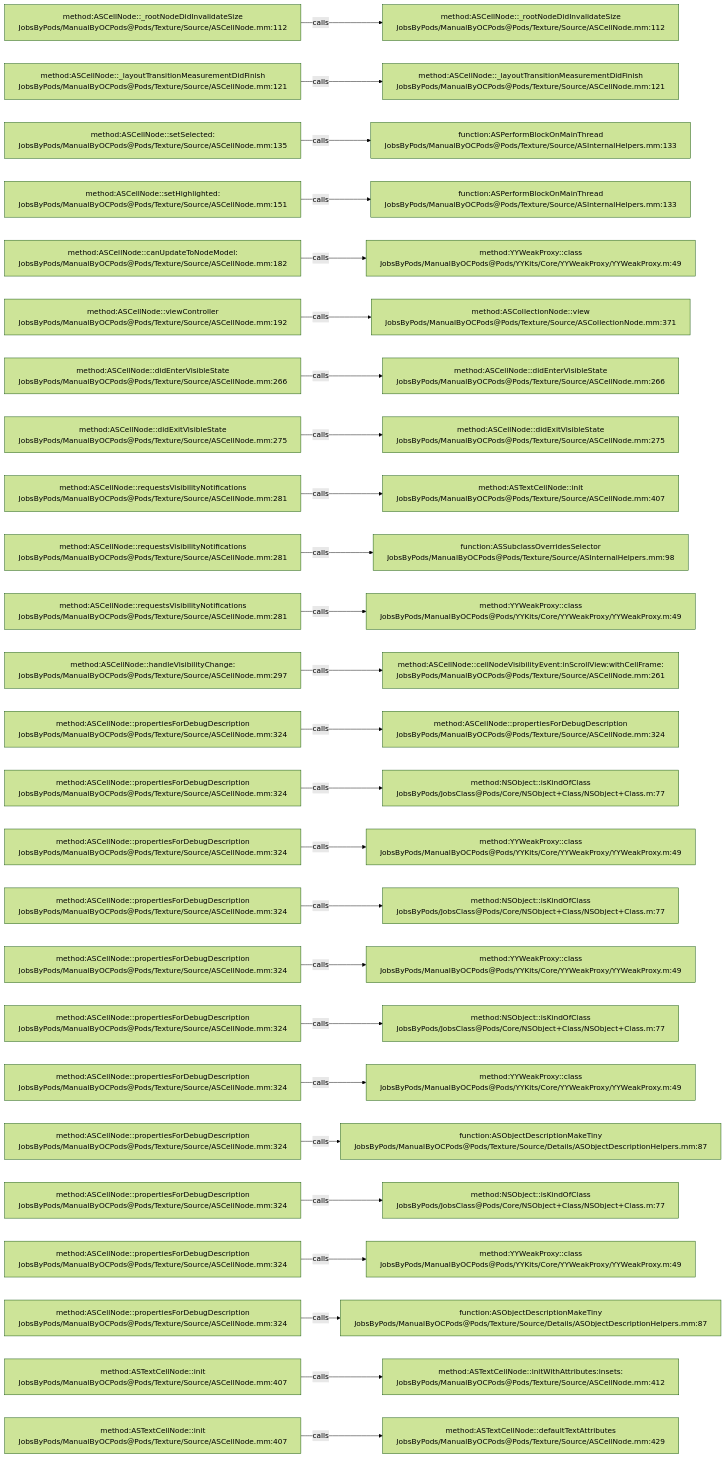
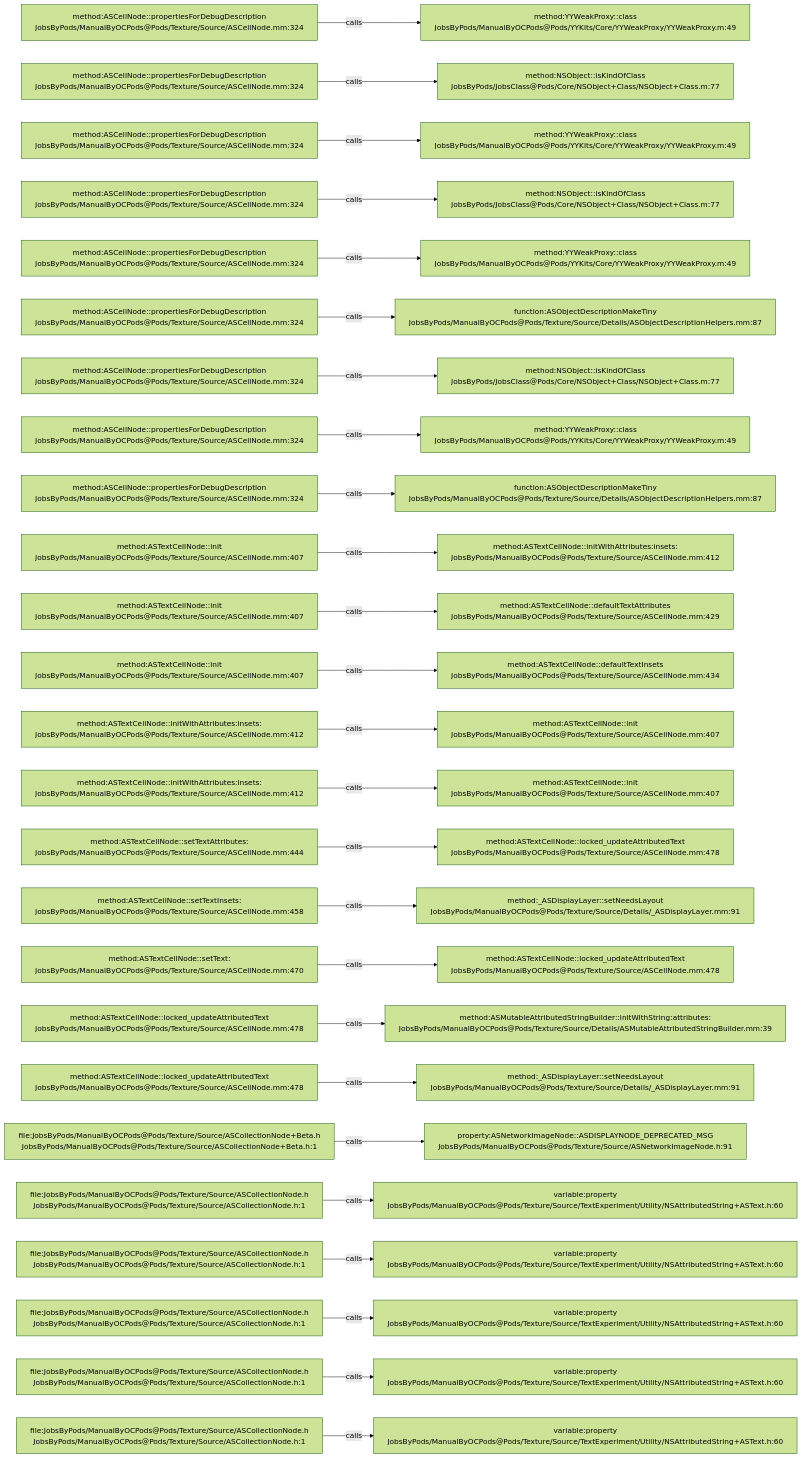
One commit to JobsKits/JobsOCBaseConfigDemo changed the diagram in .codegraph/codegraph.md/graphs/calls-075.md. Above: the diagram before and after it, drawn with Mermaid (forest theme). The commit also changed 296 other files, not shown here.

````diff
--- a/.codegraph/codegraph.md/graphs/calls-075.md
+++ b/.codegraph/codegraph.md/graphs/calls-075.md
@@ -13,78 +13,78 @@
 ```mermaid
 flowchart LR
-  S1["method:ASCellNode::_rootNodeDidInvalidateSize<br/>JobsByPods/ManualByOCPods@Pods/Texture/Source/ASCellNode.mm:112"]
-  T1["method:ASCellNode::_rootNodeDidInvalidateSize<br/>JobsByPods/ManualByOCPods@Pods/Texture/Source/ASCellNode.mm:112"]
+  S1["method:ASCellNode::propertiesForDebugDescription<br/>JobsByPods/ManualByOCPods@Pods/Texture/Source/ASCellNode.mm:324"]
+  T1["method:YYWeakProxy::class<br/>JobsByPods/ManualByOCPods@Pods/YYKits/Core/YYWeakProxy/YYWeakProxy.m:49"]
   S1 -->|calls| T1
-  S2["method:ASCellNode::_layoutTransitionMeasurementDidFinish<br/>JobsByPods/ManualByOCPods@Pods/Texture/Source/ASCellNode.mm:121"]
-  T2["method:ASCellNode::_layoutTransitionMeasurementDidFinish<br/>JobsByPods/ManualByOCPods@Pods/Texture/Source/ASCellNode.mm:121"]
+  S2["method:ASCellNode::propertiesForDebugDescription<br/>JobsByPods/ManualByOCPods@Pods/Texture/Source/ASCellNode.mm:324"]
+  T2["method:NSObject::isKindOfClass<br/>JobsByPods/JobsClass@Pods/Core/NSObject+Class/NSObject+Class.m:77"]
   S2 -->|calls| T2
-  S3["method:ASCellNode::setSelected:<br/>JobsByPods/ManualByOCPods@Pods/Texture/Source/ASCellNode.mm:135"]
-  T3["function:ASPerformBlockOnMainThread<br/>JobsByPods/ManualByOCPods@Pods/Texture/Source/ASInternalHelpers.mm:133"]
+  S3["method:ASCellNode::propertiesForDebugDescription<br/>JobsByPods/ManualByOCPods@Pods/Texture/Source/ASCellNode.mm:324"]
+  T3["method:YYWeakProxy::class<br/>JobsByPods/ManualByOCPods@Pods/YYKits/Core/YYWeakProxy/YYWeakProxy.m:49"]
   S3 -->|calls| T3
-  S4["method:ASCellNode::setHighlighted:<br/>JobsByPods/ManualByOCPods@Pods/Texture/Source/ASCellNode.mm:151"]
-  T4["function:ASPerformBlockOnMainThread<br/>JobsByPods/ManualByOCPods@Pods/Texture/Source/ASInternalHelpers.mm:133"]
+  S4["method:ASCellNode::propertiesForDebugDescription<br/>JobsByPods/ManualByOCPods@Pods/Texture/Source/ASCellNode.mm:324"]
+  T4["method:NSObject::isKindOfClass<br/>JobsByPods/JobsClass@Pods/Core/NSObject+Class/NSObject+Class.m:77"]
   S4 -->|calls| T4
-  S5["method:ASCellNode::canUpdateToNodeModel:<br/>JobsByPods/ManualByOCPods@Pods/Texture/Source/ASCellNode.mm:182"]
+  S5["method:ASCellNode::propertiesForDebugDescription<br/>JobsByPods/ManualByOCPods@Pods/Texture/Source/ASCellNode.mm:324"]
   T5["method:YYWeakProxy::class<br/>JobsByPods/ManualByOCPods@Pods/YYKits/Core/YYWeakProxy/YYWeakProxy.m:49"]
   S5 -->|calls| T5
-  S6["method:ASCellNode::viewController<br/>JobsByPods/ManualByOCPods@Pods/Texture/Source/ASCellNode.mm:192"]
-  T6["method:ASCollectionNode::view<br/>JobsByPods/ManualByOCPods@Pods/Texture/Source/ASCollectionNode.mm:371"]
+  S6["method:ASCellNode::propertiesForDebugDescription<br/>JobsByPods/ManualByOCPods@Pods/Texture/Source/ASCellNode.mm:324"]
+  T6["function:ASObjectDescriptionMakeTiny<br/>JobsByPods/ManualByOCPods@Pods/Texture/Source/Details/ASObjectDescriptionHelpers.mm:87"]
   S6 -->|calls| T6
-  S7["method:ASCellNode::didEnterVisibleState<br/>JobsByPods/ManualByOCPods@Pods/Texture/Source/ASCellNode.mm:266"]
-  T7["method:ASCellNode::didEnterVisibleState<br/>JobsByPods/ManualByOCPods@Pods/Texture/Source/ASCellNode.mm:266"]
+  S7["method:ASCellNode::propertiesForDebugDescription<br/>JobsByPods/ManualByOCPods@Pods/Texture/Source/ASCellNode.mm:324"]
+  T7["method:NSObject::isKindOfClass<br/>JobsByPods/JobsClass@Pods/Core/NSObject+Class/NSObject+Class.m:77"]
   S7 -->|calls| T7
-  S8["method:ASCellNode::didExitVisibleState<br/>JobsByPods/ManualByOCPods@Pods/Texture/Source/ASCellNode.mm:275"]
-  T8["method:ASCellNode::didExitVisibleState<br/>JobsByPods/ManualByOCPods@Pods/Texture/Source/ASCellNode.mm:275"]
+  S8["method:ASCellNode::propertiesForDebugDescription<br/>JobsByPods/ManualByOCPods@Pods/Texture/Source/ASCellNode.mm:324"]
+  T8["method:YYWeakProxy::class<br/>JobsByPods/ManualByOCPods@Pods/YYKits/Core/YYWeakProxy/YYWeakProxy.m:49"]
   S8 -->|calls| T8
-  S9["method:ASCellNode::requestsVisibilityNotifications<br/>JobsByPods/ManualByOCPods@Pods/Texture/Source/ASCellNode.mm:281"]
-  T9["method:ASTextCellNode::init<br/>JobsByPods/ManualByOCPods@Pods/Texture/Source/ASCellNode.mm:407"]
+  S9["method:ASCellNode::propertiesForDebugDescription<br/>JobsByPods/ManualByOCPods@Pods/Texture/Source/ASCellNode.mm:324"]
+  T9["function:ASObjectDescriptionMakeTiny<br/>JobsByPods/ManualByOCPods@Pods/Texture/Source/Details/ASObjectDescriptionHelpers.mm:87"]
   S9 -->|calls| T9
-  S10["method:ASCellNode::requestsVisibilityNotifications<br/>JobsByPods/ManualByOCPods@Pods/Texture/Source/ASCellNode.mm:281"]
-  T10["function:ASSubclassOverridesSelector<br/>JobsByPods/ManualByOCPods@Pods/Texture/Source/ASInternalHelpers.mm:98"]
+  S10["method:ASTextCellNode::init<br/>JobsByPods/ManualByOCPods@Pods/Texture/Source/ASCellNode.mm:407"]
+  T10["method:ASTextCellNode::initWithAttributes:insets:<br/>JobsByPods/ManualByOCPods@Pods/Texture/Source/ASCellNode.mm:412"]
   S10 -->|calls| T10
-  S11["method:ASCellNode::requestsVisibilityNotifications<br/>JobsByPods/ManualByOCPods@Pods/Texture/Source/ASCellNode.mm:281"]
-  T11["method:YYWeakProxy::class<br/>JobsByPods/ManualByOCPods@Pods/YYKits/Core/YYWeakProxy/YYWeakProxy.m:49"]
+  S11["method:ASTextCellNode::init<br/>JobsByPods/ManualByOCPods@Pods/Texture/Source/ASCellNode.mm:407"]
+  T11["method:ASTextCellNode::defaultTextAttributes<br/>JobsByPods/ManualByOCPods@Pods/Texture/Source/ASCellNode.mm:429"]
   S11 -->|calls| T11
-  S12["method:ASCellNode::handleVisibilityChange:<br/>JobsByPods/ManualByOCPods@Pods/Texture/Source/ASCellNode.mm:297"]
-  T12["method:ASCellNode::cellNodeVisibilityEvent:inScrollView:withCellFrame:<br/>JobsByPods/ManualByOCPods@Pods/Texture/Source/ASCellNode.mm:261"]
+  S12["method:ASTextCellNode::init<br/>JobsByPods/ManualByOCPods@Pods/Texture/Source/ASCellNode.mm:407"]
+  T12["method:ASTextCellNode::defaultTextInsets<br/>JobsByPods/ManualByOCPods@Pods/Texture/Source/ASCellNode.mm:434"]
   S12 -->|calls| T12
-  S13["method:ASCellNode::propertiesForDebugDescription<br/>JobsByPods/ManualByOCPods@Pods/Texture/Source/ASCellNode.mm:324"]
-  T13["method:ASCellNode::propertiesForDebugDescription<br/>JobsByPods/ManualByOCPods@Pods/Texture/Source/ASCellNode.mm:324"]
+  S13["method:ASTextCellNode::initWithAttributes:insets:<br/>JobsByPods/ManualByOCPods@Pods/Texture/Source/ASCellNode.mm:412"]
+  T13["method:ASTextCellNode::init<br/>JobsByPods/ManualByOCPods@Pods/Texture/Source/ASCellNode.mm:407"]
   S13 -->|calls| T13
-  S14["method:ASCellNode::propertiesForDebugDescription<br/>JobsByPods/ManualByOCPods@Pods/Texture/Source/ASCellNode.mm:324"]
-  T14["method:NSObject::isKindOfClass<br/>JobsByPods/JobsClass@Pods/Core/NSObject+Class/NSObject+Class.m:77"]
+  S14["method:ASTextCellNode::initWithAttributes:insets:<br/>JobsByPods/ManualByOCPods@Pods/Texture/Source/ASCellNode.mm:412"]
+  T14["method:ASTextCellNode::init<br/>JobsByPods/ManualByOCPods@Pods/Texture/Source/ASCellNode.mm:407"]
   S14 -->|calls| T14
-  S15["method:ASCellNode::propertiesForDebugDescription<br/>JobsByPods/ManualByOCPods@Pods/Texture/Source/ASCellNode.mm:324"]
-  T15["method:YYWeakProxy::class<br/>JobsByPods/ManualByOCPods@Pods/YYKits/Core/YYWeakProxy/YYWeakProxy.m:49"]
+  S15["method:ASTextCellNode::setTextAttributes:<br/>JobsByPods/ManualByOCPods@Pods/Texture/Source/ASCellNode.mm:444"]
+  T15["method:ASTextCellNode::locked_updateAttributedText<br/>JobsByPods/ManualByOCPods@Pods/Texture/Source/ASCellNode.mm:478"]
   S15 -->|calls| T15
-  S16["method:ASCellNode::propertiesForDebugDescription<br/>JobsByPods/ManualByOCPods@Pods/Texture/Source/ASCellNode.mm:324"]
-  T16["method:NSObject::isKindOfClass<br/>JobsByPods/JobsClass@Pods/Core/NSObject+Class/NSObject+Class.m:77"]
+  S16["method:ASTextCellNode::setTextInsets:<br/>JobsByPods/ManualByOCPods@Pods/Texture/Source/ASCellNode.mm:458"]
+  T16["method:_ASDisplayLayer::setNeedsLayout<br/>JobsByPods/ManualByOCPods@Pods/Texture/Source/Details/_ASDisplayLayer.mm:91"]
   S16 -->|calls| T16
-  S17["method:ASCellNode::propertiesForDebugDescription<br/>JobsByPods/ManualByOCPods@Pods/Texture/Source/ASCellNode.mm:324"]
-  T17["method:YYWeakProxy::class<br/>JobsByPods/ManualByOCPods@Pods/YYKits/Core/YYWeakProxy/YYWeakProxy.m:49"]
+  S17["method:ASTextCellNode::setText:<br/>JobsByPods/ManualByOCPods@Pods/Texture/Source/ASCellNode.mm:470"]
+  T17["method:ASTextCellNode::locked_updateAttributedText<br/>JobsByPods/ManualByOCPods@Pods/Texture/Source/ASCellNode.mm:478"]
   S17 -->|calls| T17
-  S18["method:ASCellNode::propertiesForDebugDescription<br/>JobsByPods/ManualByOCPods@Pods/Texture/Source/ASCellNode.mm:324"]
-  T18["method:NSObject::isKindOfClass<br/>JobsByPods/JobsClass@Pods/Core/NSObject+Class/NSObject+Class.m:77"]
+  S18["method:ASTextCellNode::locked_updateAttributedText<br/>JobsByPods/ManualByOCPods@Pods/Texture/Source/ASCellNode.mm:478"]
+  T18["method:ASMutableAttributedStringBuilder::initWithString:attributes:<br/>JobsByPods/ManualByOCPods@Pods/Texture/Source/Details/ASMutableAttributedStringBuilder.mm:39"]
   S18 -->|calls| T18
-  S19["method:ASCellNode::propertiesForDebugDescription<br/>JobsByPods/ManualByOCPods@Pods/Texture/Source/ASCellNode.mm:324"]
-  T19["method:YYWeakProxy::class<br/>JobsByPods/ManualByOCPods@Pods/YYKits/Core/YYWeakProxy/YYWeakProxy.m:49"]
+  S19["method:ASTextCellNode::locked_updateAttributedText<br/>JobsByPods/ManualByOCPods@Pods/Texture/Source/ASCellNode.mm:478"]
+  T19["method:_ASDisplayLayer::setNeedsLayout<br/>JobsByPods/ManualByOCPods@Pods/Texture/Source/Details/_ASDisplayLayer.mm:91"]
   S19 -->|calls| T19
-  S20["method:ASCellNode::propertiesForDebugDescription<br/>JobsByPods/ManualByOCPods@Pods/Texture/Source/ASCellNode.mm:324"]
-  T20["function:ASObjectDescriptionMakeTiny<br/>JobsByPods/ManualByOCPods@Pods/Texture/Source/Details/ASObjectDescriptionHelpers.mm:87"]
+  S20["file:JobsByPods/ManualByOCPods@Pods/Texture/Source/ASCollectionNode+Beta.h<br/>JobsByPods/ManualByOCPods@Pods/Texture/Source/ASCollectionNode+Beta.h:1"]
+  T20["property:ASNetworkImageNode::ASDISPLAYNODE_DEPRECATED_MSG<br/>JobsByPods/ManualByOCPods@Pods/Texture/Source/ASNetworkImageNode.h:91"]
   S20 -->|calls| T20
-  S21["method:ASCellNode::propertiesForDebugDescription<br/>JobsByPods/ManualByOCPods@Pods/Texture/Source/ASCellNode.mm:324"]
-  T21["method:NSObject::isKindOfClass<br/>JobsByPods/JobsClass@Pods/Core/NSObject+Class/NSObject+Class.m:77"]
+  S21["file:JobsByPods/ManualByOCPods@Pods/Texture/Source/ASCollectionNode.h<br/>JobsByPods/ManualByOCPods@Pods/Texture/Source/ASCollectionNode.h:1"]
+  T21["variable:property<br/>JobsByPods/ManualByOCPods@Pods/Texture/Source/TextExperiment/Utility/NSAttributedString+ASText.h:60"]
   S21 -->|calls| T21
-  S22["method:ASCellNode::propertiesForDebugDescription<br/>JobsByPods/ManualByOCPods@Pods/Texture/Source/ASCellNode.mm:324"]
-  T22["method:YYWeakProxy::class<br/>JobsByPods/ManualByOCPods@Pods/YYKits/Core/YYWeakProxy/YYWeakProxy.m:49"]
+  S22["file:JobsByPods/ManualByOCPods@Pods/Texture/Source/ASCollectionNode.h<br/>JobsByPods/ManualByOCPods@Pods/Texture/Source/ASCollectionNode.h:1"]
+  T22["variable:property<br/>JobsByPods/ManualByOCPods@Pods/Texture/Source/TextExperiment/Utility/NSAttributedString+ASText.h:60"]
   S22 -->|calls| T22
-  S23["method:ASCellNode::propertiesForDebugDescription<br/>JobsByPods/ManualByOCPods@Pods/Texture/Source/ASCellNode.mm:324"]
-  T23["function:ASObjectDescriptionMakeTiny<br/>JobsByPods/ManualByOCPods@Pods/Texture/Source/Details/ASObjectDescriptionHelpers.mm:87"]
+  S23["file:JobsByPods/ManualByOCPods@Pods/Texture/Source/ASCollectionNode.h<br/>JobsByPods/ManualByOCPods@Pods/Texture/Source/ASCollectionNode.h:1"]
+  T23["variable:property<br/>JobsByPods/ManualByOCPods@Pods/Texture/Source/TextExperiment/Utility/NSAttributedString+ASText.h:60"]
   S23 -->|calls| T23
-  S24["method:ASTextCellNode::init<br/>JobsByPods/ManualByOCPods@Pods/Texture/Source/ASCellNode.mm:407"]
-  T24["method:ASTextCellNode::initWithAttributes:insets:<br/>JobsByPods/ManualByOCPods@Pods/Texture/Source/ASCellNode.mm:412"]
+  S24["file:JobsByPods/ManualByOCPods@Pods/Texture/Source/ASCollectionNode.h<br/>JobsByPods/ManualByOCPods@Pods/Texture/Source/ASCollectionNode.h:1"]
+  T24["variable:property<br/>JobsByPods/ManualByOCPods@Pods/Texture/Source/TextExperiment/Utility/NSAttributedString+ASText.h:60"]
   S24 -->|calls| T24
-  S25["method:ASTextCellNode::init<br/>JobsByPods/ManualByOCPods@Pods/Texture/Source/ASCellNode.mm:407"]
-  T25["method:ASTextCellNode::defaultTextAttributes<br/>JobsByPods/ManualByOCPods@Pods/Texture/Source/ASCellNode.mm:429"]
+  S25["file:JobsByPods/ManualByOCPods@Pods/Texture/Source/ASCollectionNode.h<br/>JobsByPods/ManualByOCPods@Pods/Texture/Source/ASCollectionNode.h:1"]
+  T25["variable:property<br/>JobsByPods/ManualByOCPods@Pods/Texture/Source/TextExperiment/Utility/NSAttributedString+ASText.h:60"]
   S25 -->|calls| T25
 ```
````
